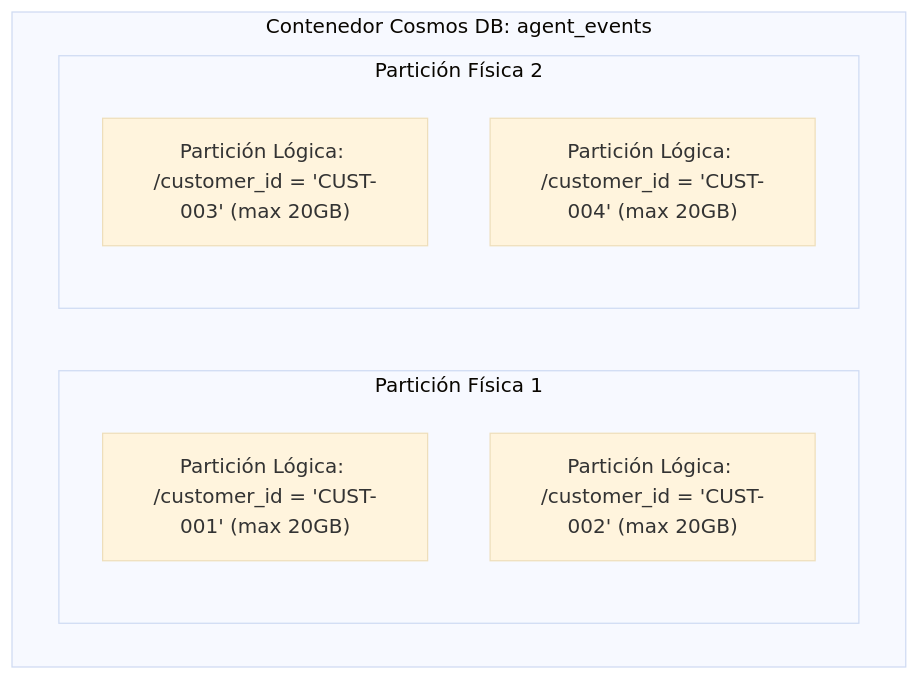
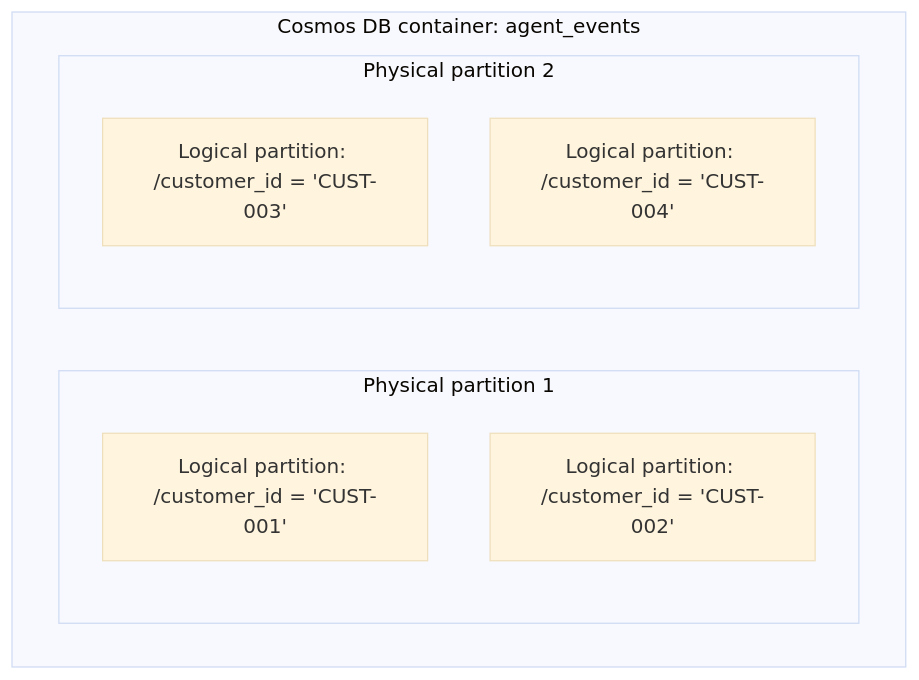
The diagram in docs/architecture/COSMOS-PARTITION-DESIGN.md (PCVV-Organization/aegisbank-ai-platform), drawn with Mermaid (base theme) before and after one commit. The commit also changed other lines of this file and 74 other files, not shown here.

````diff
--- a/docs/architecture/COSMOS-PARTITION-DESIGN.md
+++ b/docs/architecture/COSMOS-PARTITION-DESIGN.md
@@ -14,13 +13,13 @@
 ```mermaid
 graph TD
-    subgraph "Contenedor Cosmos DB: agent_events"
-        subgraph "Partición Física 1"
-            L1["Partición Lógica: /customer_id = 'CUST-001' (max 20GB)"]
-            L2["Partición Lógica: /customer_id = 'CUST-002' (max 20GB)"]
+    subgraph Cosmos DB container: agent_events
+        subgraph Physical partition 1
+            L1["Logical partition: /customer_id = 'CUST-001'"]
+            L2["Logical partition: /customer_id = 'CUST-002'"]
         end
-        subgraph "Partición Física 2"
-            L3["Partición Lógica: /customer_id = 'CUST-003' (max 20GB)"]
-            L4["Partición Lógica: /customer_id = 'CUST-004' (max 20GB)"]
+        subgraph Physical partition 2
+            L3["Logical partition: /customer_id = 'CUST-003'"]
+            L4["Logical partition: /customer_id = 'CUST-004'"]
         end
     end
 ```
````
